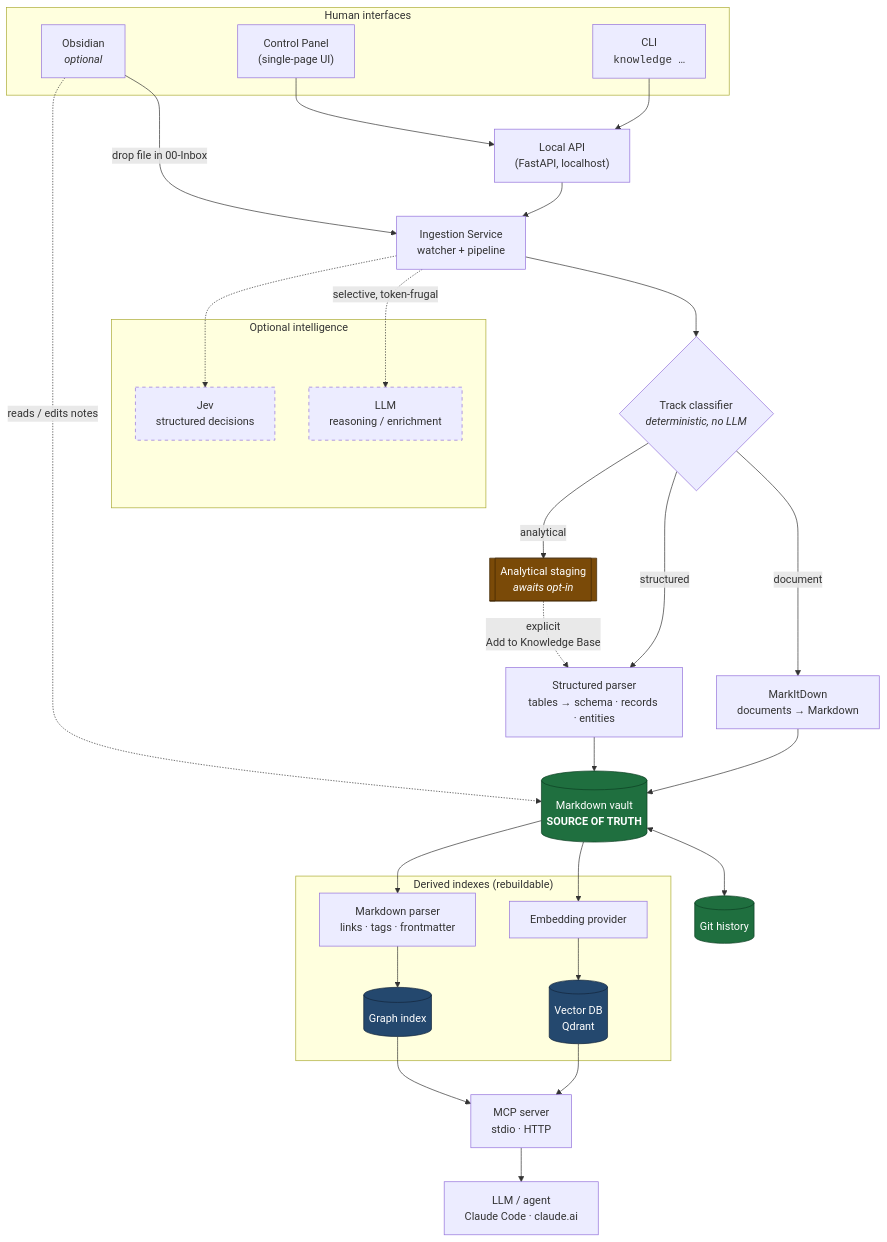
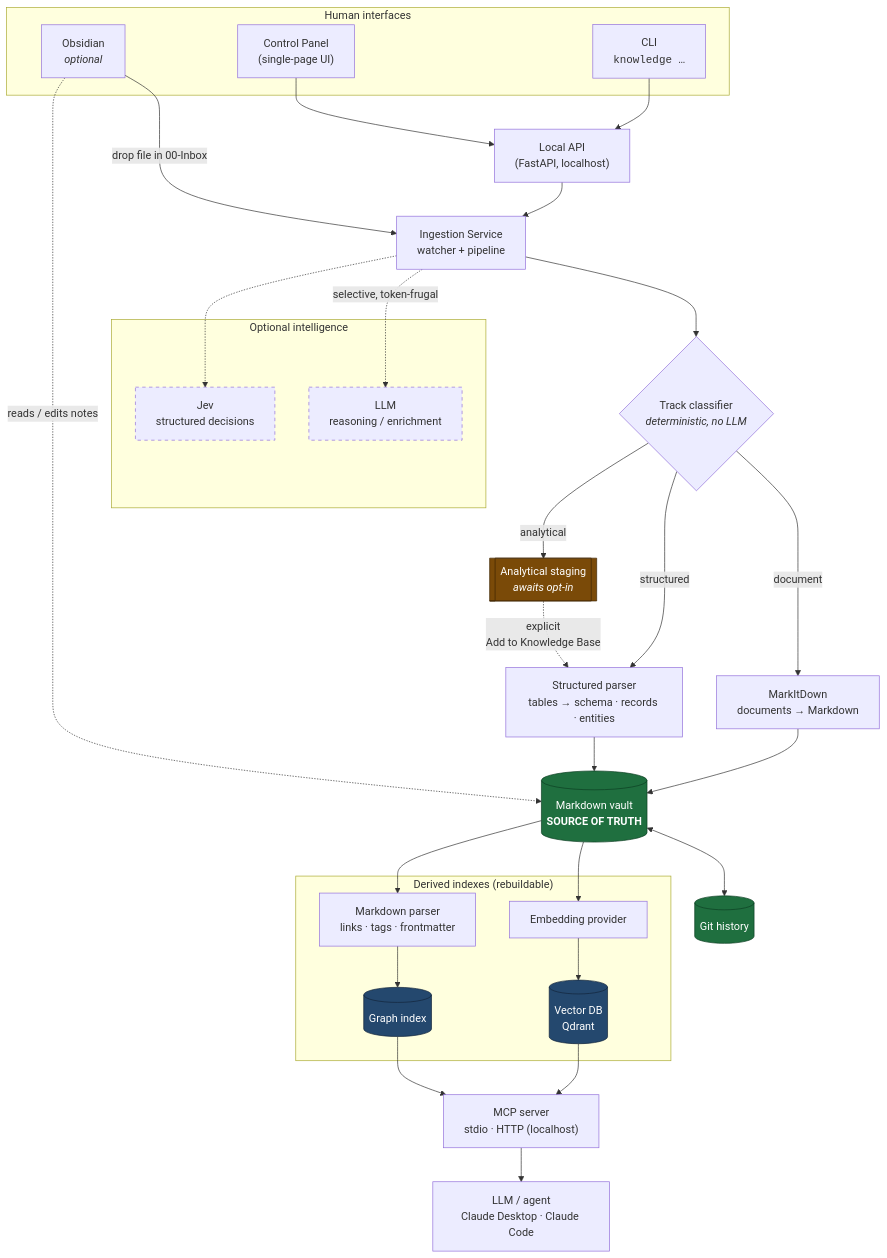
One commit to itsamitkr/obsidian changed the first of 4 diagrams in README.md. Above: the diagram before and after it, drawn with Mermaid. The commit also changed other lines of this file and 41 other files, not shown here.

````diff
--- a/README.md
+++ b/README.md
@@ -28,61 +28,61 @@
 ```mermaid
 flowchart TD
     subgraph UX["Human interfaces"]
         OB["Obsidian<br/><i>optional</i>"]
         CP["Control Panel<br/>(single-page UI)"]
         CLI["CLI<br/><code>knowledge …</code>"]
     end
 
     API["Local API<br/>(FastAPI, localhost)"]
     ING["Ingestion Service<br/>watcher + pipeline"]
     CLS{"Track classifier<br/><i>deterministic, no LLM</i>"}
     CONV["MarkItDown<br/>documents → Markdown"]
     SP["Structured parser<br/>tables → schema · records · entities"]
     STAGE[["Analytical staging<br/><i>awaits opt-in</i>"]]
     MD[("Markdown vault<br/><b>SOURCE OF TRUTH</b>")]
     GIT[("Git history")]
 
     OB -->|"drop file in 00-Inbox"| ING
     CP --> API
     CLI --> API
     API --> ING
     ING --> CLS
     CLS -->|document| CONV --> MD
     CLS -->|structured| SP --> MD
     CLS -->|analytical| STAGE
     STAGE -.->|"explicit<br/>Add to Knowledge Base"| SP
     MD <--> GIT
     OB -.->|"reads / edits notes"| MD
 
     subgraph DERIVED["Derived indexes (rebuildable)"]
         EMB["Embedding provider"]
         VDB[("Vector DB<br/>Qdrant")]
         PAR["Markdown parser<br/>links · tags · frontmatter"]
         GDB[("Graph index")]
     end
 
     MD --> EMB --> VDB
     MD --> PAR --> GDB
 
-    MCP["MCP server<br/>stdio · HTTP"]
+    MCP["MCP server<br/>stdio · HTTP (localhost)"]
     VDB --> MCP
     GDB --> MCP
 
     subgraph OPT["Optional intelligence"]
         LLM["LLM<br/>reasoning / enrichment"]
         JEV["Jev<br/>structured decisions"]
     end
 
     ING -.->|"selective, token-frugal"| LLM
     ING -.-> JEV
-    MCP --> AGENT["LLM / agent<br/>Claude Code · claude.ai"]
+    MCP --> AGENT["LLM / agent<br/>Claude Desktop · Claude Code"]
 
     classDef truth fill:#1f6f3f,stroke:#0d3f22,color:#fff
     classDef derived fill:#24486e,stroke:#12243a,color:#fff
     classDef staged fill:#7a4a08,stroke:#3f2604,color:#fff
     classDef optional stroke-dasharray: 5 5
     class MD,GIT truth
     class VDB,GDB derived
     class STAGE staged
     class LLM,JEV optional
 ```
````
